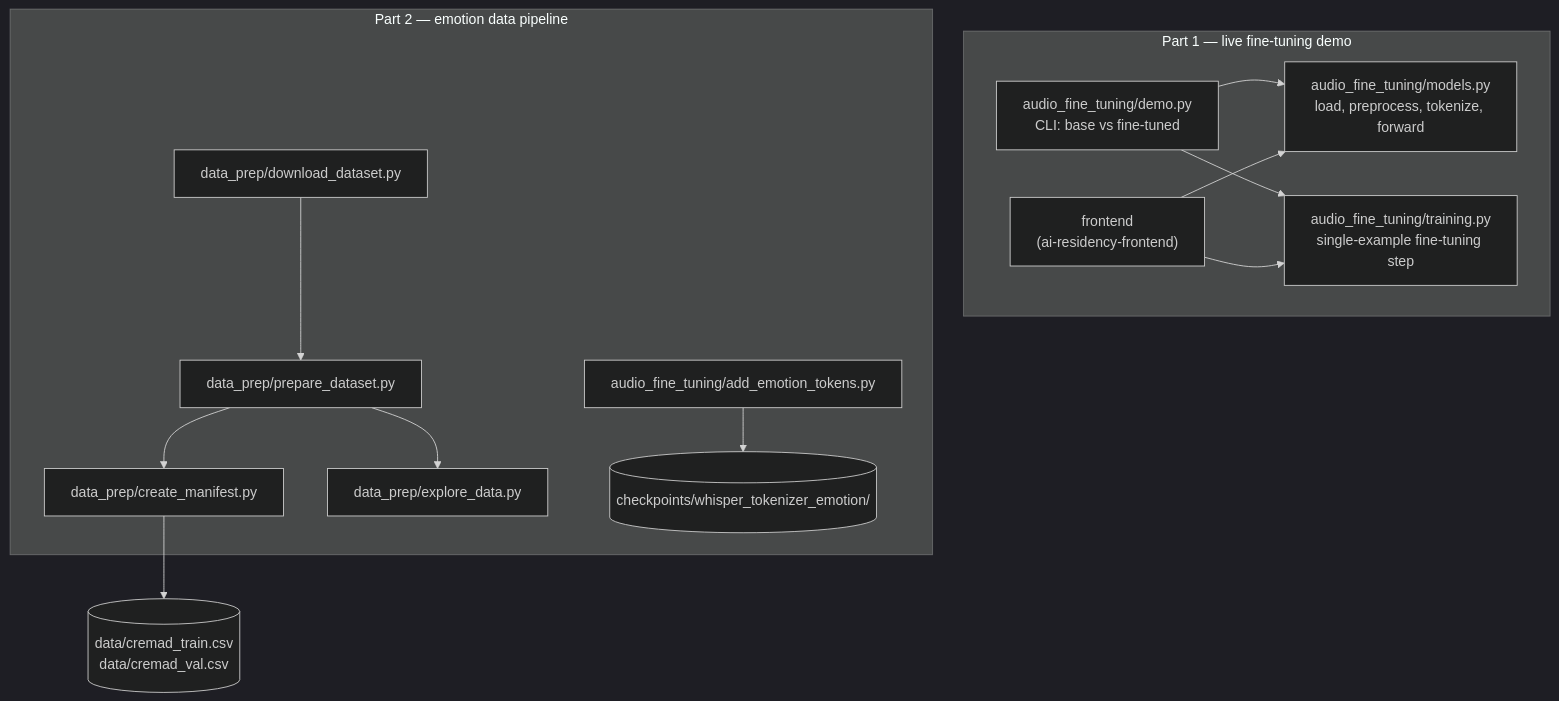
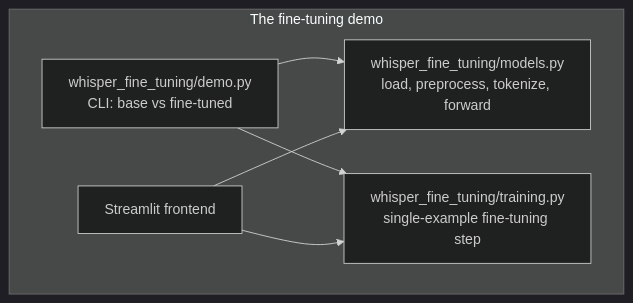
Before and after one commit to RoshBeed/ai-residency: the second of 4 diagrams in services/whisper-fine-tuning/README.md, drawn with Mermaid (dark theme). The commit also changed other lines of this file and 42 other files, not shown here.

````diff
--- a/services/whisper-fine-tuning/README.md
+++ b/services/whisper-fine-tuning/README.md
@@ -81,26 +67,14 @@
 ```mermaid
 flowchart TD
-    subgraph Part1["Part 1 — live fine-tuning demo"]
-        modelpy["audio_fine_tuning/models.py<br/>load, preprocess, tokenize, forward"]
-        trainpy["audio_fine_tuning/training.py<br/>single-example fine-tuning step"]
-        demopy["audio_fine_tuning/demo.py<br/>CLI: base vs fine-tuned"]
-        apppy["frontend<br/>(ai-residency-frontend)"]
+    subgraph demo["The fine-tuning demo"]
+        modelpy["whisper_fine_tuning/models.py<br/>load, preprocess, tokenize, forward"]
+        trainpy["whisper_fine_tuning/training.py<br/>single-example fine-tuning step"]
+        demopy["whisper_fine_tuning/demo.py<br/>CLI: base vs fine-tuned"]
+        apppy["Streamlit frontend"]
         demopy --> modelpy
         demopy --> trainpy
         apppy --> modelpy
         apppy --> trainpy
     end
 
-    subgraph Part2["Part 2 — emotion data pipeline"]
-        dl["data_prep/download_dataset.py"]
-        prep["data_prep/prepare_dataset.py"]
-        manifest["data_prep/create_manifest.py"]
-        explore["data_prep/explore_data.py"]
-        tokens["audio_fine_tuning/add_emotion_tokens.py"]
-        dl --> prep --> manifest
-        prep --> explore
-        tokens --> savedtok[("checkpoints/whisper_tokenizer_emotion/")]
-    end
-
-    manifest --> csvs[("data/cremad_train.csv<br/>data/cremad_val.csv")]
 ```
````
